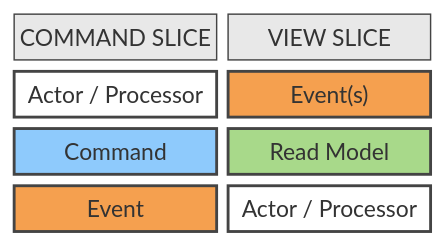
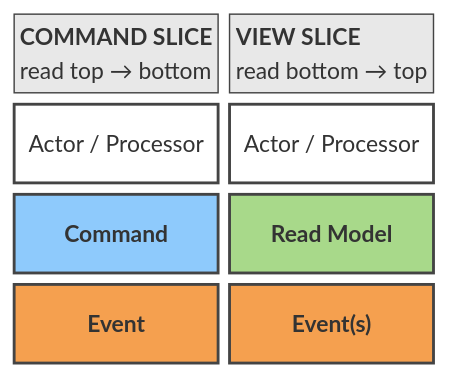
Before and after one commit to IvanTheGeek/FnEmail-Model: the fourth of 9 diagrams in docs/diagrams/README.md, drawn with Mermaid (neutral theme). The commit also changed other lines of this file, not shown here.

````diff
--- a/docs/diagrams/README.md
+++ b/docs/diagrams/README.md
@@ -100,17 +129,19 @@
 ```mermaid
-block-beta
+block
   columns 2
-  h1["COMMAND SLICE"] h2["VIEW SLICE"]
-  a1["Actor / Processor"] a2["Event(s)"]
-  b1["Command"] b2["Read Model"]
-  c1["Event"] c2["Actor / Processor"]
+  h1["<b>COMMAND SLICE</b>\nread top → bottom"] h2["<b>VIEW SLICE</b>\nread bottom → top"]
+  a1["Actor / Processor"] a2["Actor / Processor"]
+  b1["<b>Command</b>"] b2["<b>Read Model</b>"]
+  c1["<b>Event</b>"] c2["<b>Event(s)</b>"]
 
-  style h1 fill:#e8e8e8,stroke:#444,stroke-width:1px,color:#000
-  style h2 fill:#e8e8e8,stroke:#444,stroke-width:1px,color:#000
-  style a1 fill:#ffffff,stroke:#444,stroke-width:2px,color:#000
-  style b1 fill:#8ecafc,stroke:#444,stroke-width:2px,color:#000
-  style c1 fill:#f5a04f,stroke:#444,stroke-width:2px,color:#000
-  style a2 fill:#f5a04f,stroke:#444,stroke-width:2px,color:#000
-  style b2 fill:#a8d98a,stroke:#444,stroke-width:2px,color:#000
-  style c2 fill:#ffffff,stroke:#444,stroke-width:2px,color:#000
+  classDef hdr fill:#e8e8e8,stroke:#444,stroke-width:1px,color:#000,text-align:left,height:55px
+  classDef screen fill:#ffffff,stroke:#444,stroke-width:2px,color:#000,text-align:left,height:55px
+  classDef command fill:#8ecafc,stroke:#444,stroke-width:2px,color:#000,text-align:left,height:55px
+  classDef readmodel fill:#a8d98a,stroke:#444,stroke-width:2px,color:#000,text-align:left,height:55px
+  classDef event fill:#f5a04f,stroke:#444,stroke-width:2px,color:#000,text-align:left,height:55px
+  class h1,h2 hdr
+  class a1,a2 screen
+  class b1 command
+  class b2 readmodel
+  class c1,c2 event
 ```
````
